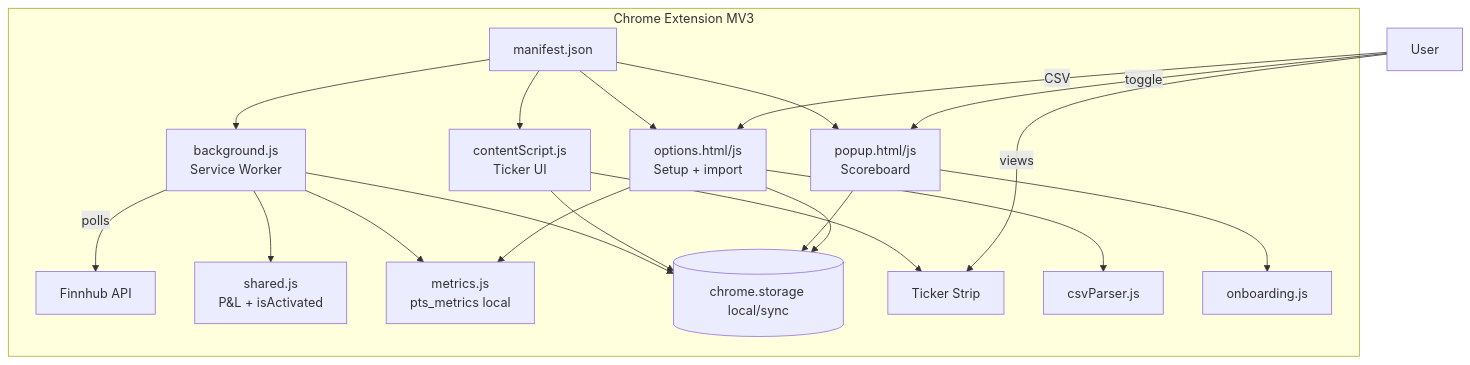
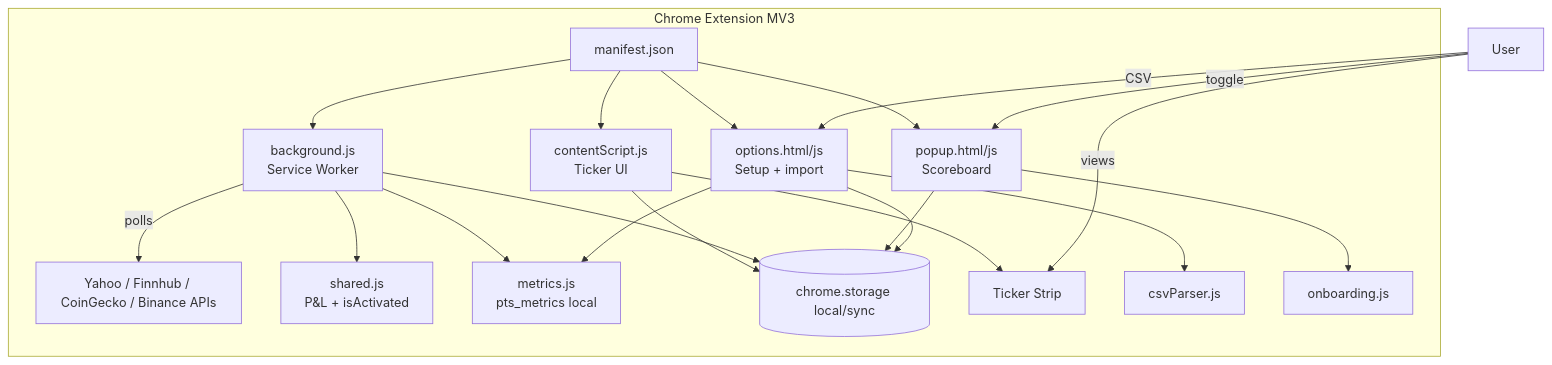
The diagram in README.md (harshabala/MyTicker), drawn with Mermaid before and after one commit. The commit also changed other lines of this file and 5 other files, not shown here.

````diff
--- a/README.md
+++ b/README.md
@@ -70,26 +70,26 @@
 ```mermaid
 graph TB
     subgraph "Chrome Extension MV3"
         M[manifest.json] --> BG[background.js<br/>Service Worker]
         M --> CS[contentScript.js<br/>Ticker UI]
         M --> POP[popup.html/js<br/>Scoreboard]
         M --> OPT[options.html/js<br/>Setup + import]
 
-        BG -->|polls| FH[Finnhub API]
+        BG -->|polls| FH[Yahoo / Finnhub / CoinGecko / Binance APIs]
         BG --> SH[shared.js<br/>P&amp;L + isActivated]
         BG --> MET[metrics.js<br/>pts_metrics local]
         BG --> STORE[(chrome.storage local/sync)]
 
         CS --> STORE
         CS --> TICKER[Ticker Strip]
         POP --> STORE
         OPT --> STORE
         OPT --> CSV[csvParser.js]
         OPT --> MET
         POP --> ONB[onboarding.js]
     end
 
     USER[User] -->|CSV| OPT
     USER -->|toggle| POP
     USER -->|views| TICKER
 ```
````
